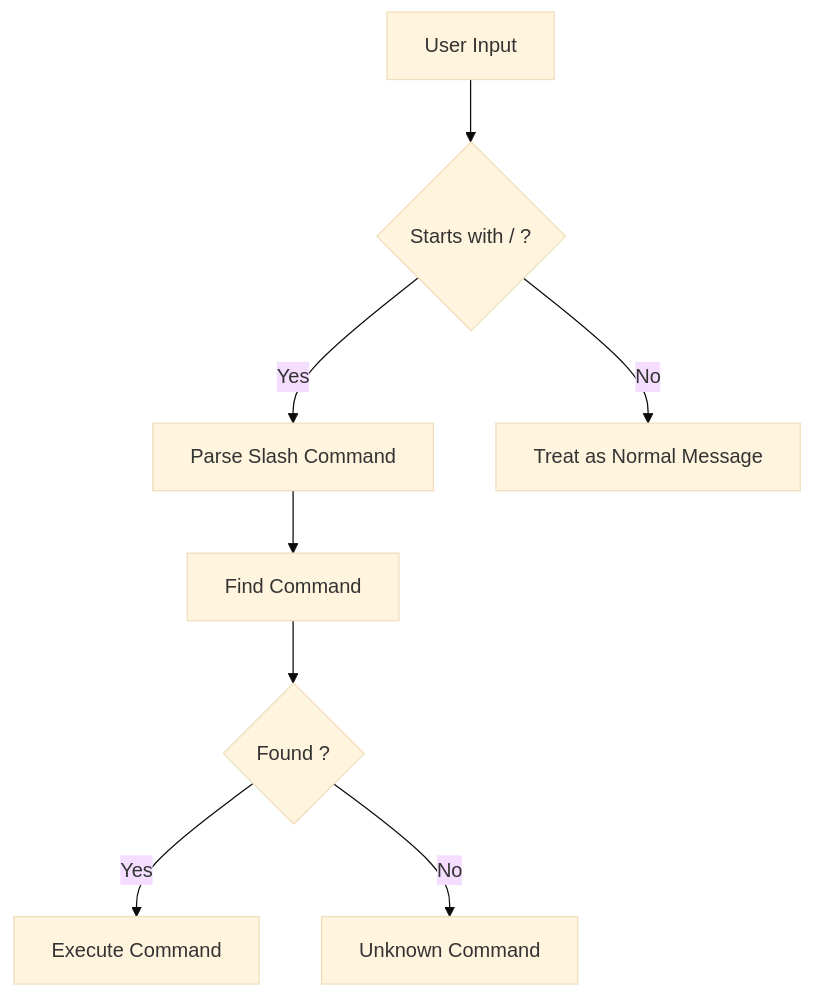
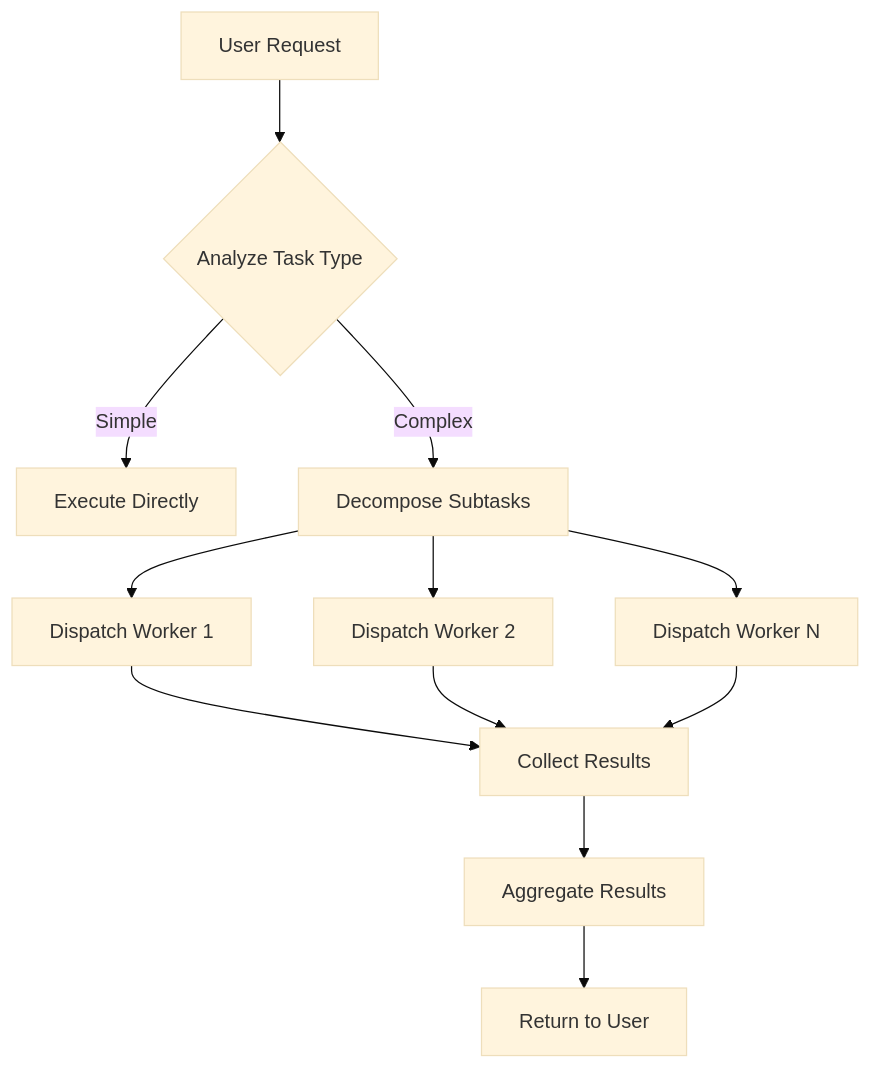
Before and after one commit to zenHeart/claude-code-sourcemap: diagram 12 of 12 in analysis.md, drawn with Mermaid (base theme). The commit also changed other lines of this file, not shown here.

````diff
--- a/analysis.md
+++ b/analysis.md
@@ -538,10 +815,14 @@
 ```mermaid
 flowchart TD
-    A["User Input"] --> B{Starts with / ?}
-    B -->|Yes| C["Parse Slash Command"]
-    B -->|No| E["Treat as Normal Message"]
-    C --> D["Find Command"]
-    D --> F{"Found ?"}
-    F -->|Yes| G["Execute Command"]
-    F -->|No| H["Unknown Command"]
+    A["User Request"] --> B{"Analyze Task Type"}
+    B -->|Simple| C["Execute Directly"]
+    B -->|Complex| D["Decompose Subtasks"]
+    D --> E["Dispatch Worker 1"]
+    D --> F["Dispatch Worker 2"]
+    D --> G["Dispatch Worker N"]
+    E --> H["Collect Results"]
+    F --> H
+    G --> H
+    H --> I["Aggregate Results"]
+    I --> J["Return to User"]
 ```
````
